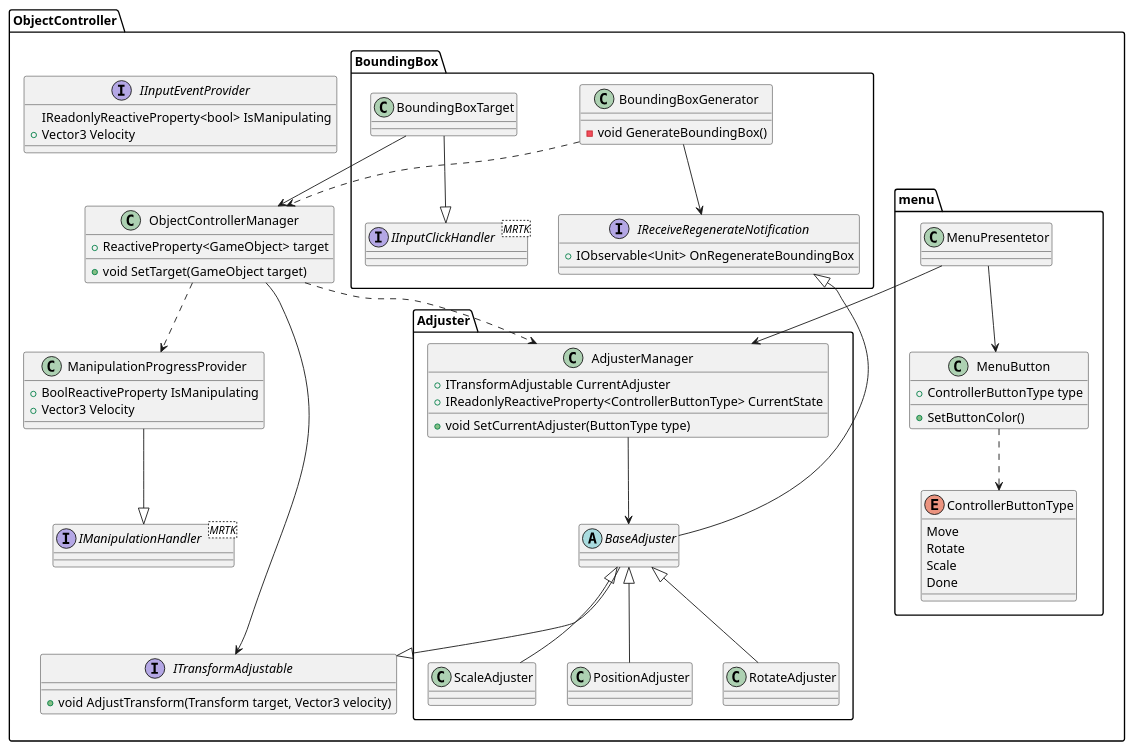
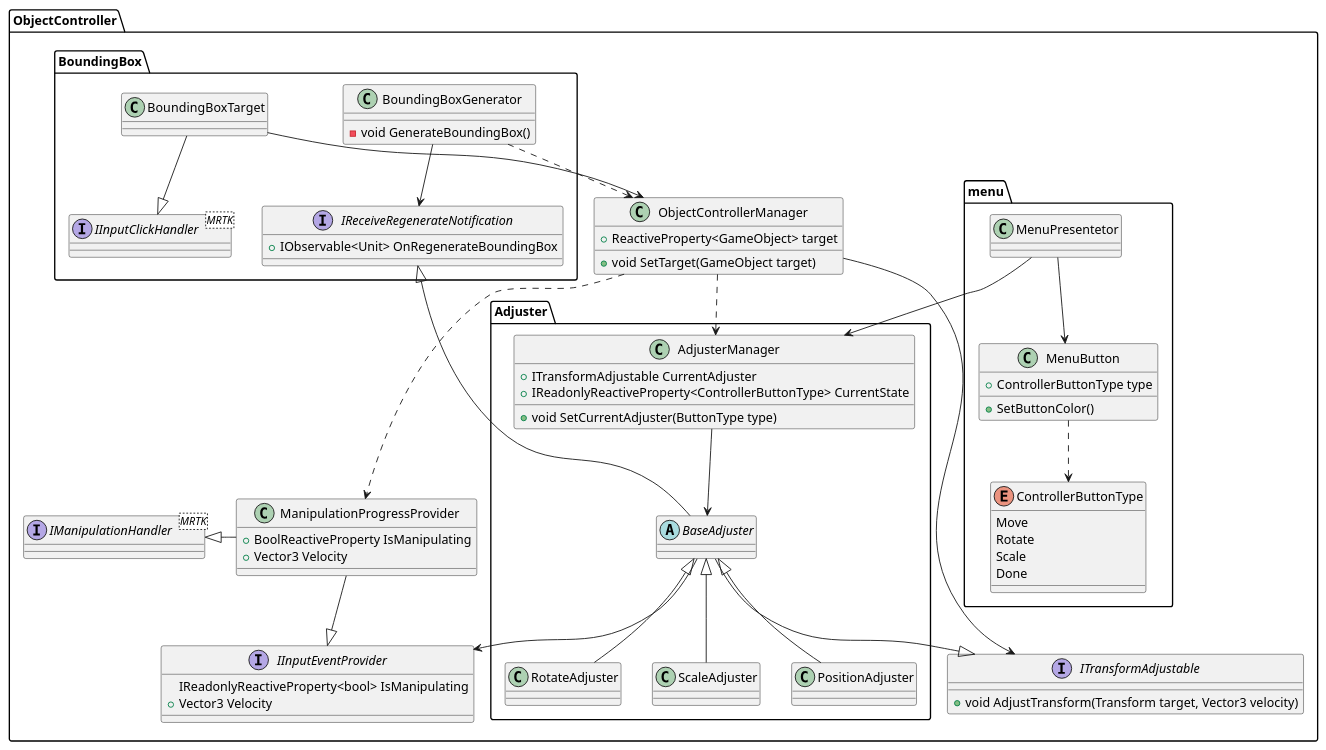
Before and after one commit to dykarohora/ObjectControllerForHololens: the diagram in ClassDiagram.wsd, drawn with PlantUML. The commit also changed 15 other files, not shown here.

```diff
--- a/ClassDiagram.wsd
+++ b/ClassDiagram.wsd
@@ -1,90 +1,91 @@
 @startuml ObjectController
 
 namespace ObjectController {
     interface ITransformAdjustable {
         +void AdjustTransform(Transform target, Vector3 velocity)
     }
 
     namespace Adjuster {
         abstract class BaseAdjuster
         class PositionAdjuster
         class RotateAdjuster
         class ScaleAdjuster
 
         BaseAdjuster --|> ObjectController.ITransformAdjustable
         BaseAdjuster <|-- PositionAdjuster
         BaseAdjuster <|-- RotateAdjuster
         BaseAdjuster <|-- ScaleAdjuster
+        BaseAdjuster --> ObjectController.IInputEventProvider
 
         class AdjusterManager {
             +ITransformAdjustable CurrentAdjuster
             +IReadonlyReactiveProperty<ControllerButtonType> CurrentState
             +void SetCurrentAdjuster(ButtonType type)
         }
 
         AdjusterManager --> BaseAdjuster
     }
 
     namespace menu {
         class MenuButton{
             +ControllerButtonType type
             +SetButtonColor()
         }
         enum ControllerButtonType{
             Move
             Rotate
             Scale
             Done
         }
         class MenuPresentetor
 
         MenuPresentetor --> MenuButton
         MenuPresentetor --> ObjectController.Adjuster.AdjusterManager
         MenuButton ..> ControllerButtonType
     }
 
     namespace BoundingBox {
 
         class BoundingBoxGenerator {
             -void GenerateBoundingBox()
         }
 
         interface IReceiveRegenerateNotification {
             +IObservable<Unit> OnRegenerateBoundingBox
         }
 
         class BoundingBoxTarget
         interface IInputClickHandler<MRTK>
 
         BoundingBoxTarget --|> IInputClickHandler
         BoundingBoxTarget --> ObjectController.ObjectControllerManager
         BoundingBoxGenerator ..> ObjectController.ObjectControllerManager
         BoundingBoxGenerator --> IReceiveRegenerateNotification
 
         IReceiveRegenerateNotification <|-- ObjectController.Adjuster.BaseAdjuster
     }
 
     interface IManipulationHandler<MRTK>
     interface IInputEventProvider{
         IReadonlyReactiveProperty<bool> IsManipulating
         +Vector3 Velocity
     }
     class ManipulationProgressProvider{
         +BoolReactiveProperty IsManipulating
         +Vector3 Velocity
     }
 
     class ObjectControllerManager {
         +ReactiveProperty<GameObject> target
         +void SetTarget(GameObject target)
     }
 
-    ManipulationProgressProvider --|> IManipulationHandler
-
+    ManipulationProgressProvider --l|> IManipulationHandler
+    ManipulationProgressProvider --|> IInputEventProvider
     ObjectControllerManager --> ITransformAdjustable
     ObjectControllerManager ..> ObjectController.Adjuster.AdjusterManager
     ObjectControllerManager ..> ManipulationProgressProvider
 
 }
 
 @enduml
```
